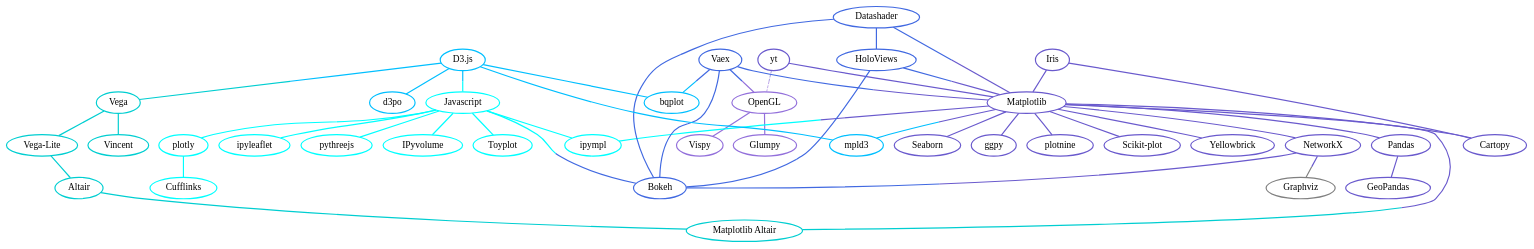
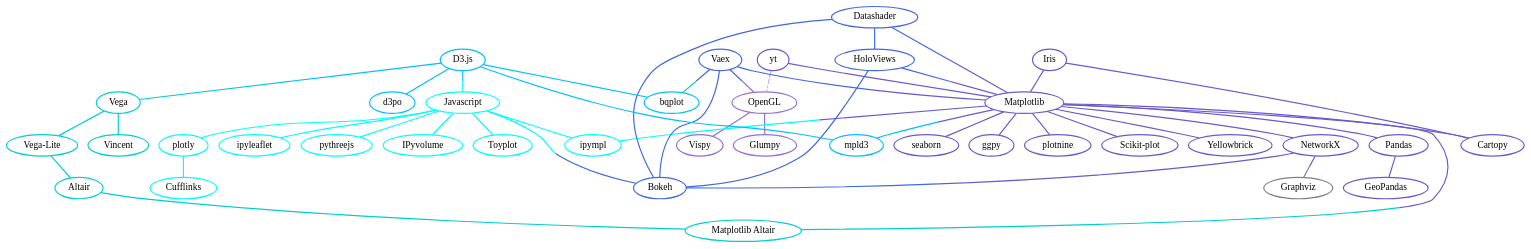
Before and after one commit to veit/jupyter-tutorial: the diagram in docs/viz/overview.rst, drawn with Graphviz. The commit also changed 5 other files, not shown here.

```diff
--- a/docs/viz/overview.rst
+++ b/docs/viz/overview.rst
@@ -55,11 +55,11 @@
             target="_top",
             href="../viz/matplotlib/geopandas.html"]
         seaborn [
-            label="Seaborn",
+            label="seaborn",
             tooltip="High-level-Datenvisualisierung\nbasierend auf Matplotlib",
             color="slateblue",
             target="_top",
-            href="../viz/matplotlib/seaborn.html"]
+            href="../viz/matplotlib/seaborn/index.html"]
         ggpy [
             label="ggpy",
             tooltip="ggplot-Port für Python",
```
